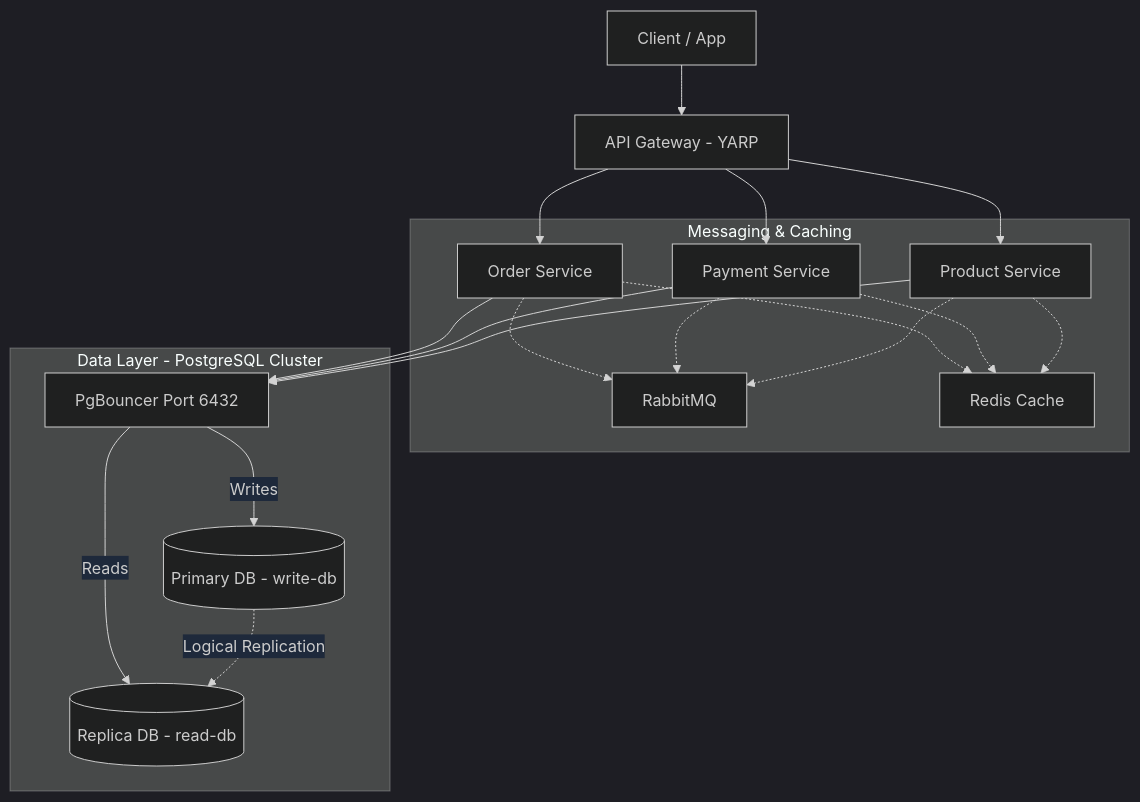
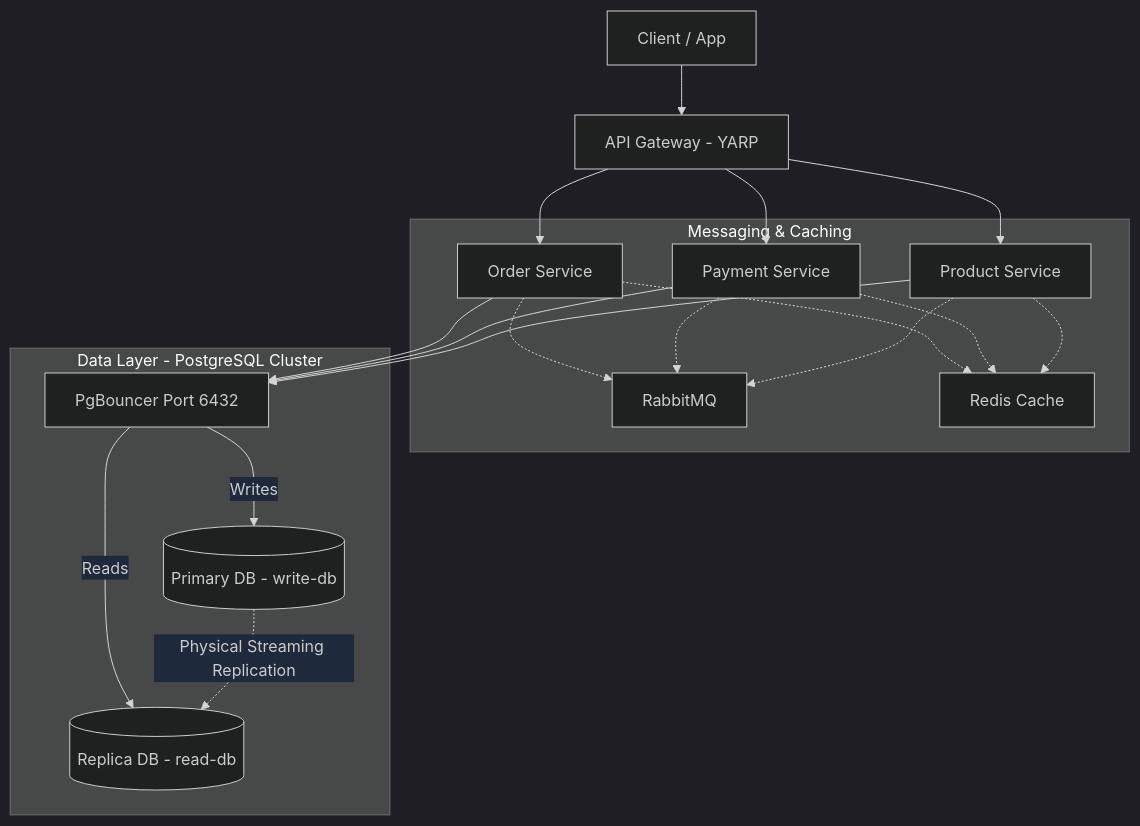
One commit to mohamedessamanwar/MicroservicesArchitecture changed the first of 7 diagrams in README.md. Above: the diagram before and after it, drawn with Mermaid. The commit also changed other lines of this file, not shown here.

Commit message:
docs: overhaul README with comprehensive architecture and tech stack details

````diff
--- a/README.md
+++ b/README.md
@@ -14,30 +30,30 @@
 ```mermaid
 %%{init: {"theme": "dark", "themeVariables": { "primaryColor": "#1e293b", "edgeLabelBackground":"#1e293b" }}}%%
 flowchart TD
     Client[Client / App] --> API_GW[API Gateway - YARP]
     
     API_GW --> Order[Order Service]
     API_GW --> Payment[Payment Service]
     API_GW --> Product[Product Service]
 
     subgraph Messaging & Caching
         Order -.-> MQ[RabbitMQ]
         Payment -.-> MQ
         Product -.-> MQ
         
         Order -.-> Redis[Redis Cache]
         Payment -.-> Redis
         Product -.-> Redis
     end
 
     subgraph Data Layer - PostgreSQL Cluster
         Order --> PGB[PgBouncer Port 6432]
         Payment --> PGB
         Product --> PGB
         
         PGB -->|Writes| DB_Write[(Primary DB - write-db)]
         PGB -->|Reads| DB_Read[(Replica DB - read-db)]
         
-        DB_Write -.->|Logical Replication| DB_Read
+        DB_Write -.->|Physical Streaming Replication| DB_Read
     end
 ```
````
